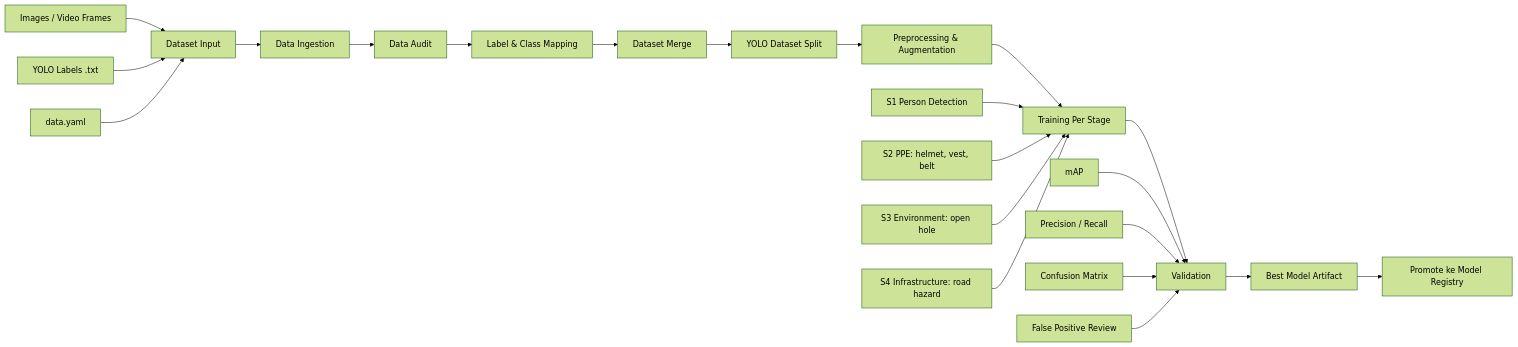
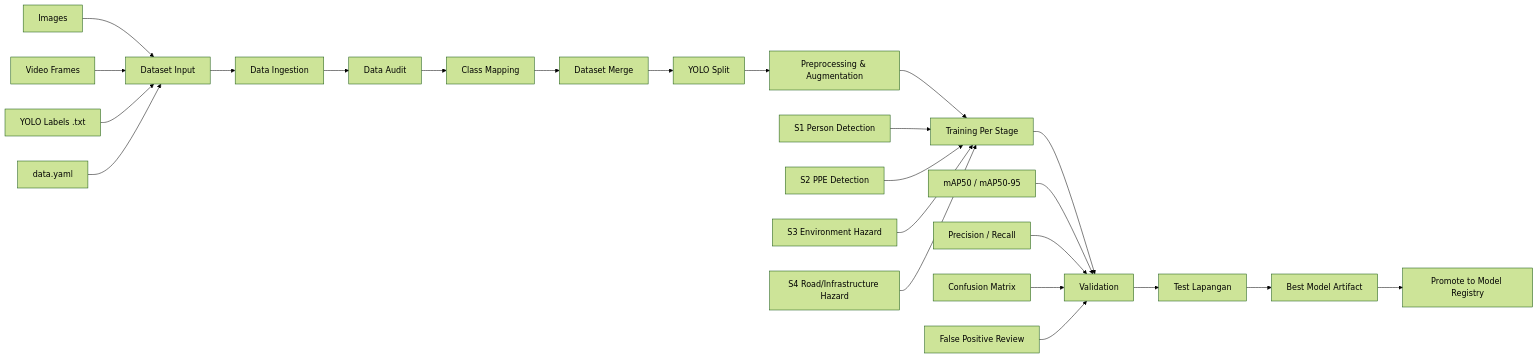
Before and after one commit to aryarefman/migas-siews: the third of 5 diagrams in docs/crisp-dm-architecture-flow.md, drawn with Mermaid (forest theme). The commit also changed other lines of this file and 120 other files, not shown here.

````diff
--- a/docs/crisp-dm-architecture-flow.md
+++ b/docs/crisp-dm-architecture-flow.md
@@ -30,27 +185,29 @@
 ```mermaid
 flowchart LR
     A[Dataset Input] --> B[Data Ingestion]
     B --> C[Data Audit]
-    C --> D[Label & Class Mapping]
+    C --> D[Class Mapping]
     D --> E[Dataset Merge]
-    E --> F[YOLO Dataset Split]
+    E --> F[YOLO Split]
     F --> G[Preprocessing & Augmentation]
     G --> H[Training Per Stage]
     H --> I[Validation]
-    I --> J[Best Model Artifact]
-    J --> K[Promote ke Model Registry]
+    I --> J[Test Lapangan]
+    J --> K[Best Model Artifact]
+    K --> L[Promote to Model Registry]
 
-    A1[Images / Video Frames] --> A
-    A2[YOLO Labels .txt] --> A
-    A3[data.yaml] --> A
+    A1[Images] --> A
+    A2[Video Frames] --> A
+    A3[YOLO Labels .txt] --> A
+    A4[data.yaml] --> A
 
     H1[S1 Person Detection] --> H
-    H2[S2 PPE: helmet, vest, belt] --> H
-    H3[S3 Environment: open hole] --> H
-    H4[S4 Infrastructure: road hazard] --> H
+    H2[S2 PPE Detection] --> H
+    H3[S3 Environment Hazard] --> H
+    H4[S4 Road/Infrastructure Hazard] --> H
 
-    I1[mAP] --> I
+    I1[mAP50 / mAP50-95] --> I
     I2[Precision / Recall] --> I
     I3[Confusion Matrix] --> I
     I4[False Positive Review] --> I
 ```
````
